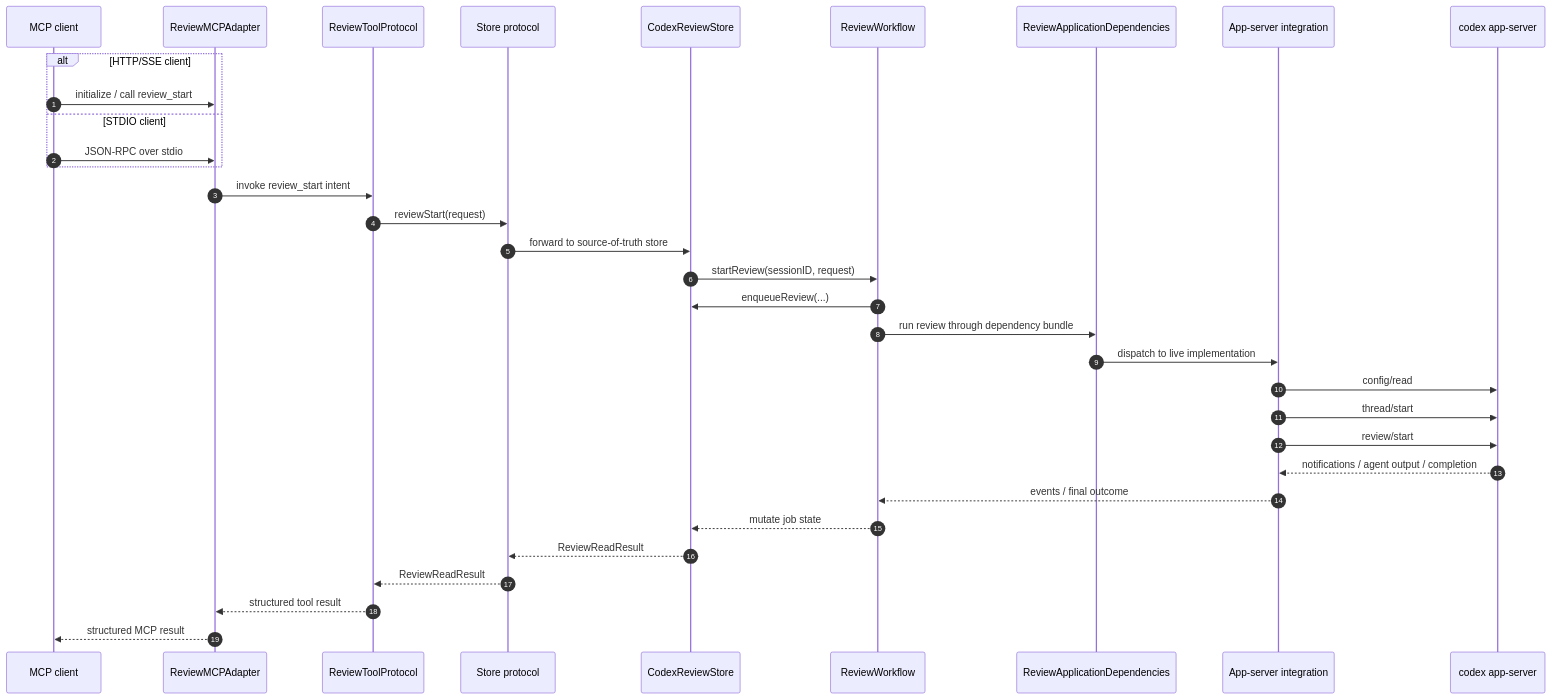
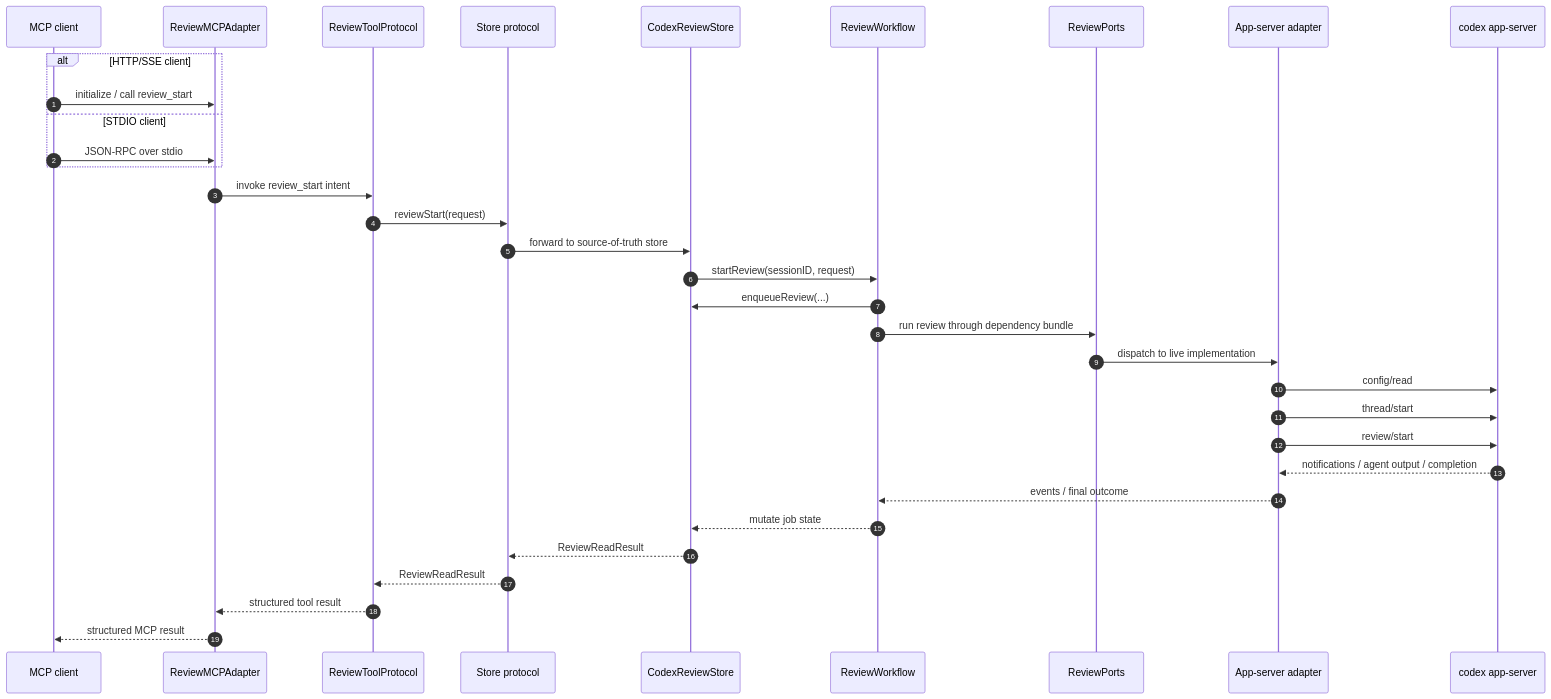
Before and after one commit to lynnswap/CodexReviewMCP: the sixth of 8 diagrams in Docs/architecture-overview.md, drawn with Mermaid. The commit also changed other lines of this file and 127 other files, not shown here.

Commit message:
refactor(targets): rename architecture targets

````diff
--- a/Docs/architecture-overview.md
+++ b/Docs/architecture-overview.md
@@ -299,36 +299,36 @@
 ```mermaid
 sequenceDiagram
     autonumber
     participant Client as MCP client
     participant Adapter as ReviewMCPAdapter
     participant Tool as ReviewToolProtocol
     participant StoreAPI as Store protocol
     participant Store as CodexReviewStore
     participant Workflow as ReviewWorkflow
-    participant Deps as ReviewApplicationDependencies
-    participant Live as App-server integration
+    participant Deps as ReviewPorts
+    participant Live as App-server adapter
     participant Codex as codex app-server
 
     alt HTTP/SSE client
         Client->>Adapter: initialize / call review_start
     else STDIO client
         Client->>Adapter: JSON-RPC over stdio
     end
     Adapter->>Tool: invoke review_start intent
     Tool->>StoreAPI: reviewStart(request)
     StoreAPI->>Store: forward to source-of-truth store
     Store->>Workflow: startReview(sessionID, request)
     Workflow->>Store: enqueueReview(...)
     Workflow->>Deps: run review through dependency bundle
     Deps->>Live: dispatch to live implementation
     Live->>Codex: config/read
     Live->>Codex: thread/start
     Live->>Codex: review/start
     Codex-->>Live: notifications / agent output / completion
     Live-->>Workflow: events / final outcome
     Workflow-->>Store: mutate job state
     Store-->>StoreAPI: ReviewReadResult
     StoreAPI-->>Tool: ReviewReadResult
     Tool-->>Adapter: structured tool result
     Adapter-->>Client: structured MCP result
 ```
````
